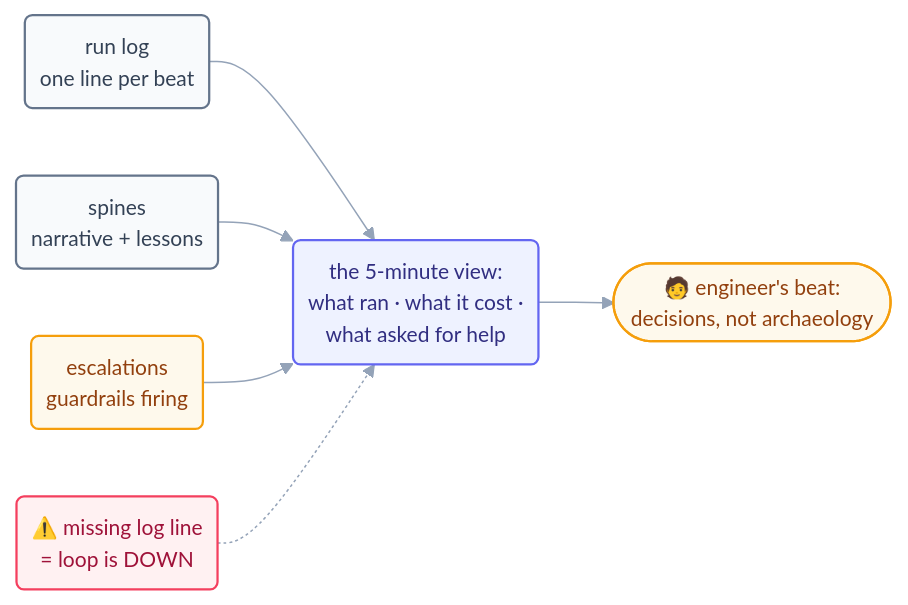
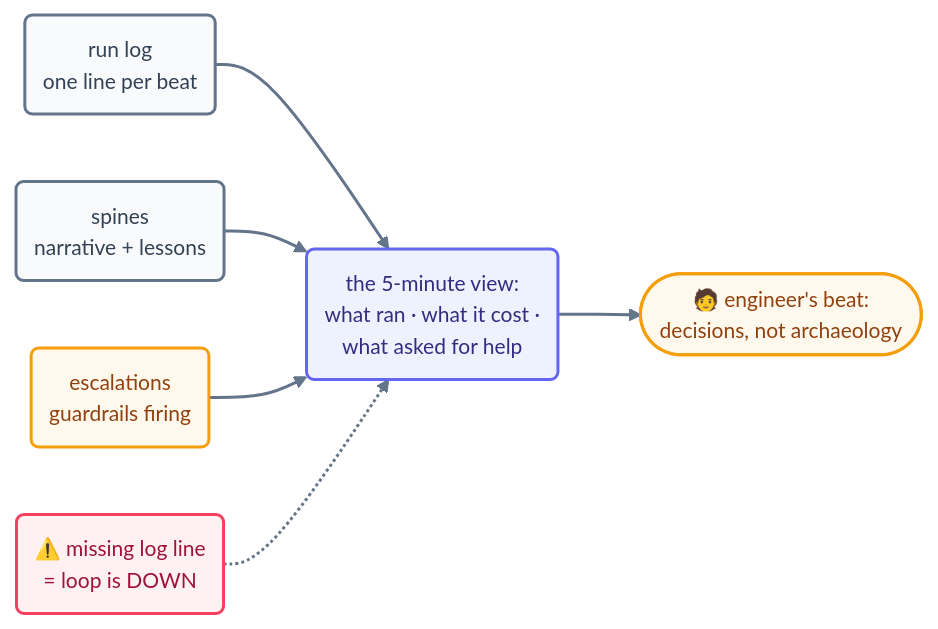
One commit to ayeshakhalid192007-dev/LoopEngineering-CrashCourse changed the diagram in docs/10-operating/observability.md. Above: the diagram before and after it, drawn with Mermaid. The commit also changed 66 other files, not shown here.

First line of the commit message:
docs(diagrams): bolden and unify all 70 mermaid diagrams

````diff
--- a/docs/10-operating/observability.md
+++ b/docs/10-operating/observability.md
@@ -49,14 +49,15 @@
 ```mermaid
-%%{init: {'theme':'base','themeVariables':{'fontFamily':'ui-sans-serif, system-ui, sans-serif','fontSize':'14px','lineColor':'#94a3b8'},'flowchart':{'curve':'basis','nodeSpacing':45,'rankSpacing':50,'padding':10}}}%%
+%%{init: {'theme':'base','themeVariables':{'fontFamily':'ui-sans-serif, system-ui, sans-serif','fontSize':'14px','lineColor':'#64748b','edgeLabelBackground':'#f8fafc'},'flowchart':{'curve':'basis','nodeSpacing':45,'rankSpacing':55,'padding':12}}}%%
 flowchart LR
     L("run log<br/>one line per beat"):::file --> V("the 5-minute view:<br/>what ran · what it cost ·<br/>what asked for help"):::step
     S("spines<br/>narrative + lessons"):::file --> V
     E("escalations<br/>guardrails firing"):::warn --> V
     V --> H(["🧑 engineer's beat:<br/>decisions, not archaeology"]):::human
     SIL("⚠️ missing log line<br/>= loop is DOWN"):::limit -.-> V
-    classDef file fill:#f8fafc,stroke:#64748b,stroke-width:1.5px,color:#334155;
-    classDef step fill:#eef2ff,stroke:#6366f1,stroke-width:1.5px,color:#312e81;
-    classDef warn fill:#fef9ec,stroke:#f59e0b,stroke-width:1.5px,color:#92400e;
-    classDef limit fill:#fff1f2,stroke:#f43f5e,stroke-width:1.5px,color:#9f1239;
-    classDef human fill:#fef9ec,stroke:#f59e0b,stroke-width:1.5px,color:#92400e;
+    linkStyle default stroke:#64748b,stroke-width:2px;
+    classDef file fill:#f8fafc,stroke:#64748b,stroke-width:2px,color:#334155;
+    classDef step fill:#eef2ff,stroke:#6366f1,stroke-width:2px,color:#312e81;
+    classDef warn fill:#fef9ec,stroke:#f59e0b,stroke-width:2px,color:#92400e;
+    classDef limit fill:#fff1f2,stroke:#f43f5e,stroke-width:2px,color:#9f1239;
+    classDef human fill:#fef9ec,stroke:#f59e0b,stroke-width:2px,color:#92400e;
 ```
````
